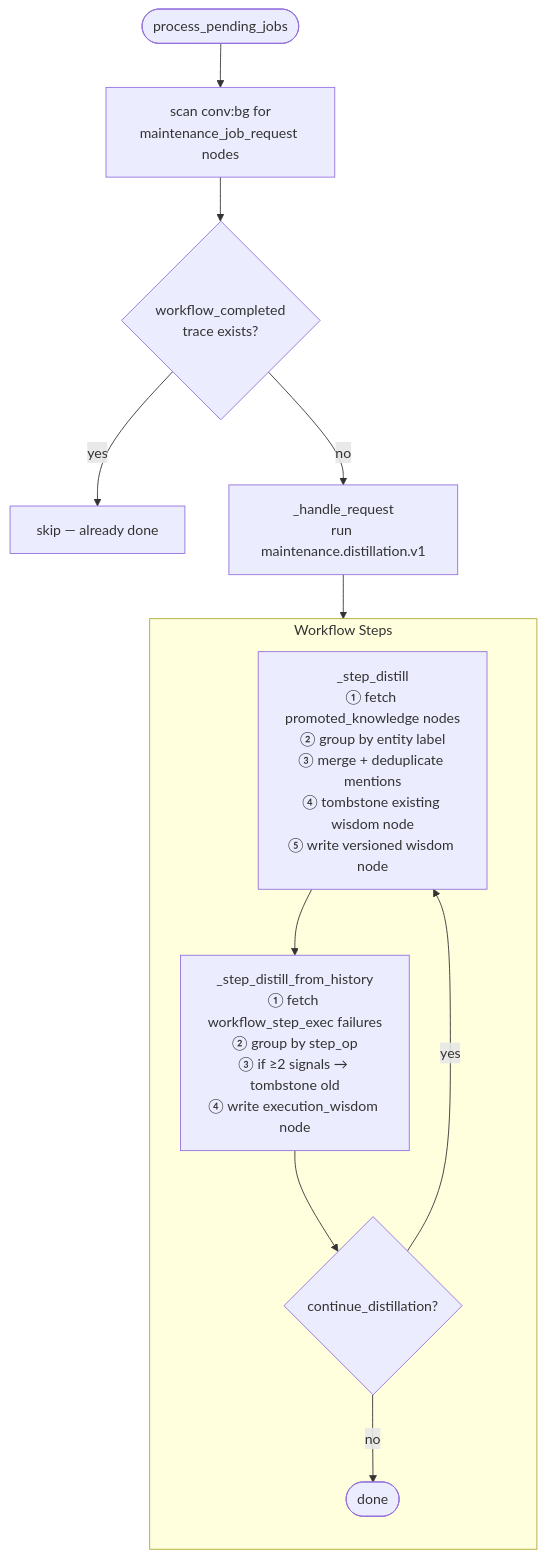
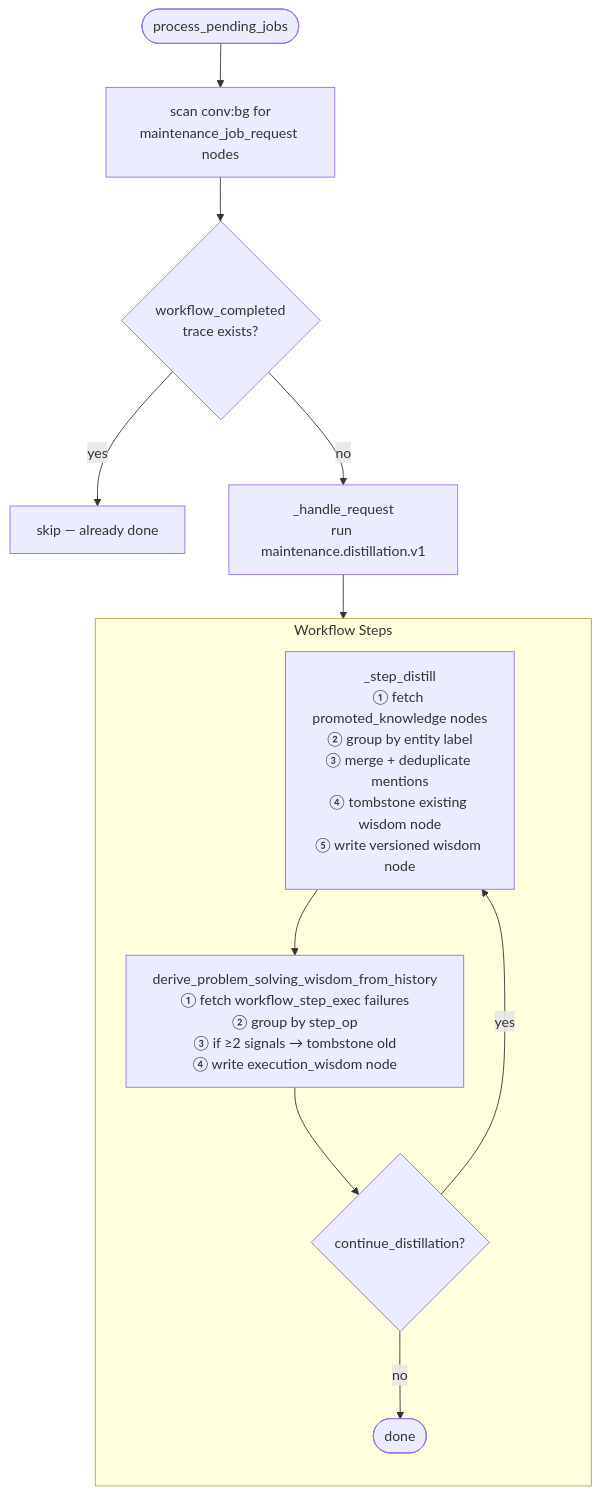
Before and after one commit to humblemat810/kogwistar-llm-wiki: the fourth of 7 diagrams in doc/diagrams.md, drawn with Mermaid. The commit also changed other lines of this file and 3 other files, not shown here.

Commit message:
refactor: rename derive_problem_solving_wisdom_from_history

````diff
--- a/doc/diagrams.md
+++ b/doc/diagrams.md
@@ -93,23 +93,23 @@
 ```mermaid
 flowchart TD
     START([process_pending_jobs])
     FIND["scan conv:bg for\nmaintenance_job_request nodes"]
     TRACE{"workflow_completed\ntrace exists?"}
     SKIP["skip — already done"]
     RUN["_handle_request\nrun maintenance.distillation.v1"]
 
     subgraph Workflow Steps
         direction TB
         D1["_step_distill\n① fetch promoted_knowledge nodes\n② group by entity label\n③ merge + deduplicate mentions\n④ tombstone existing wisdom node\n⑤ write versioned wisdom node"]
-        D2["_step_distill_from_history\n① fetch workflow_step_exec failures\n② group by step_op\n③ if ≥2 signals → tombstone old\n④ write execution_wisdom node"]
+        D2["derive_problem_solving_wisdom_from_history\n① fetch workflow_step_exec failures\n② group by step_op\n③ if ≥2 signals → tombstone old\n④ write execution_wisdom node"]
         CHECK{"continue_distillation?"}
         DONE([done])
     end
 
     START --> FIND --> TRACE
     TRACE -->|yes| SKIP
     TRACE -->|no| RUN
     RUN --> D1 --> D2 --> CHECK
     CHECK -->|yes| D1
     CHECK -->|no| DONE
 ```
````
